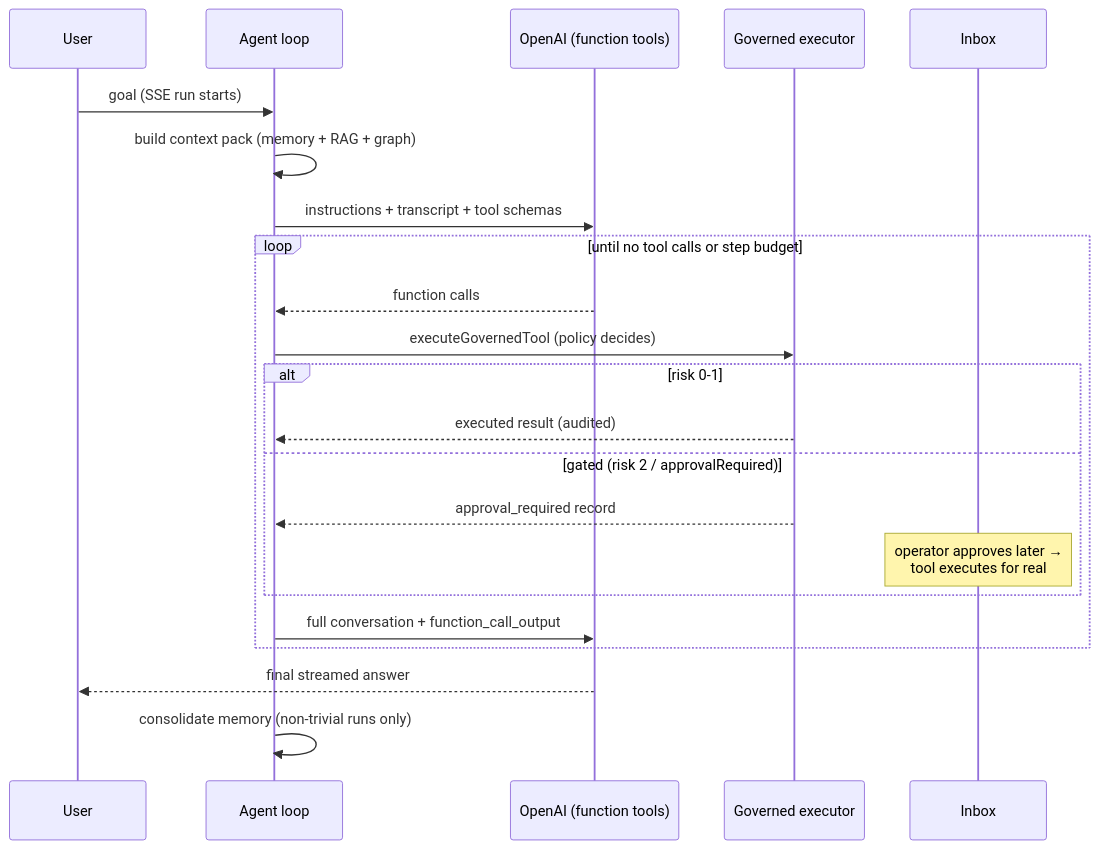
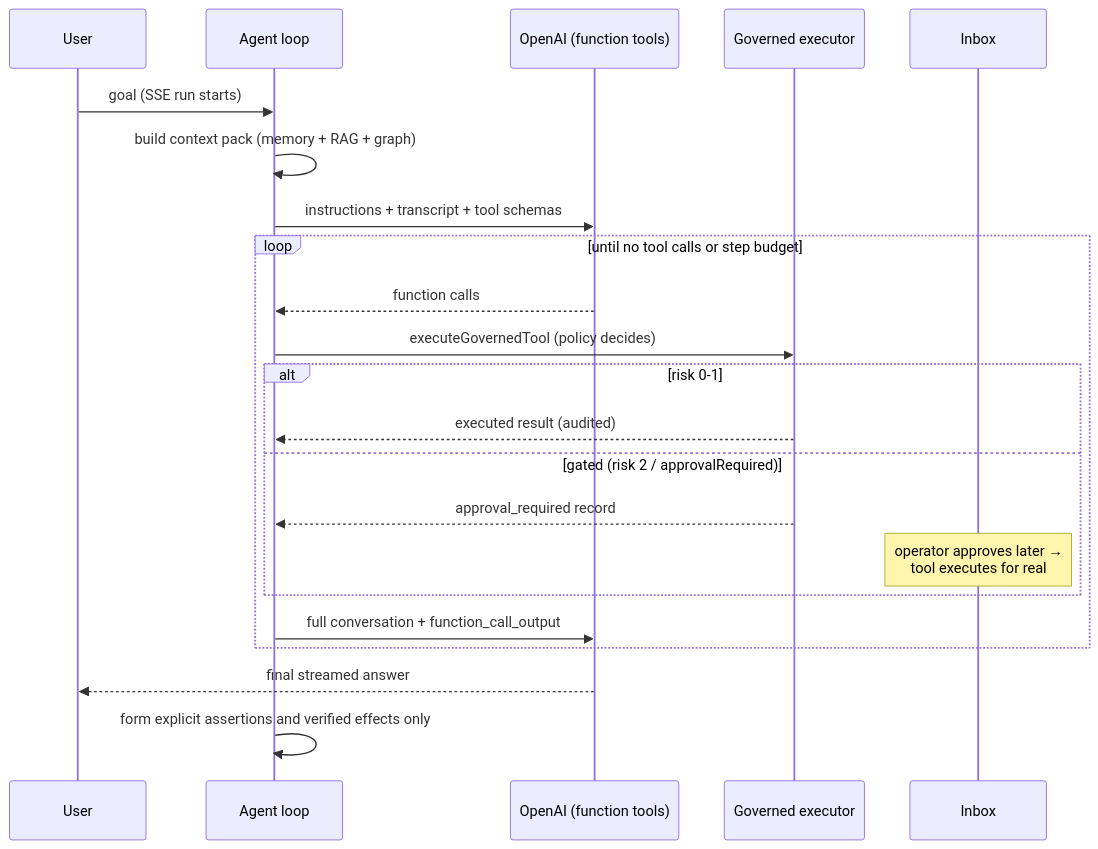
The second of 2 diagrams in docs/architecture.md (benniejoseph/OmniAgentOS), drawn with Mermaid before and after one commit. The commit also changed other lines of this file and 3 other files, not shown here.

````diff
--- a/docs/architecture.md
+++ b/docs/architecture.md
@@ -71,25 +71,25 @@
 ```mermaid
 sequenceDiagram
   participant U as User
   participant R as Agent loop
   participant M as OpenAI (function tools)
   participant G as Governed executor
   participant A as Inbox
 
   U->>R: goal (SSE run starts)
   R->>R: build context pack (memory + RAG + graph)
   R->>M: instructions + transcript + tool schemas
   loop until no tool calls or step budget
     M-->>R: function calls
     R->>G: executeGovernedTool (policy decides)
     alt risk 0-1
       G-->>R: executed result (audited)
     else gated (risk 2 / approvalRequired)
       G-->>R: approval_required record
       Note over A: operator approves later →<br/>tool executes for real
     end
     R->>M: full conversation + function_call_output
   end
   M-->>U: final streamed answer
-  R->>R: consolidate memory (non-trivial runs only)
+  R->>R: form explicit assertions and verified effects only
 ```
````
